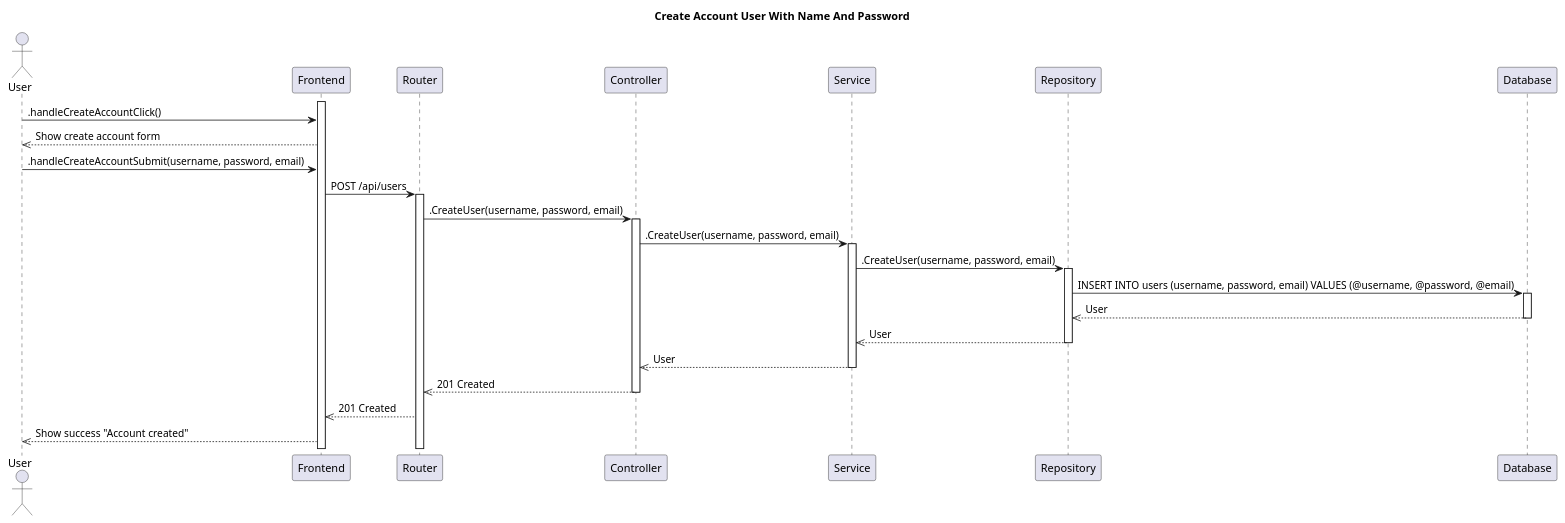
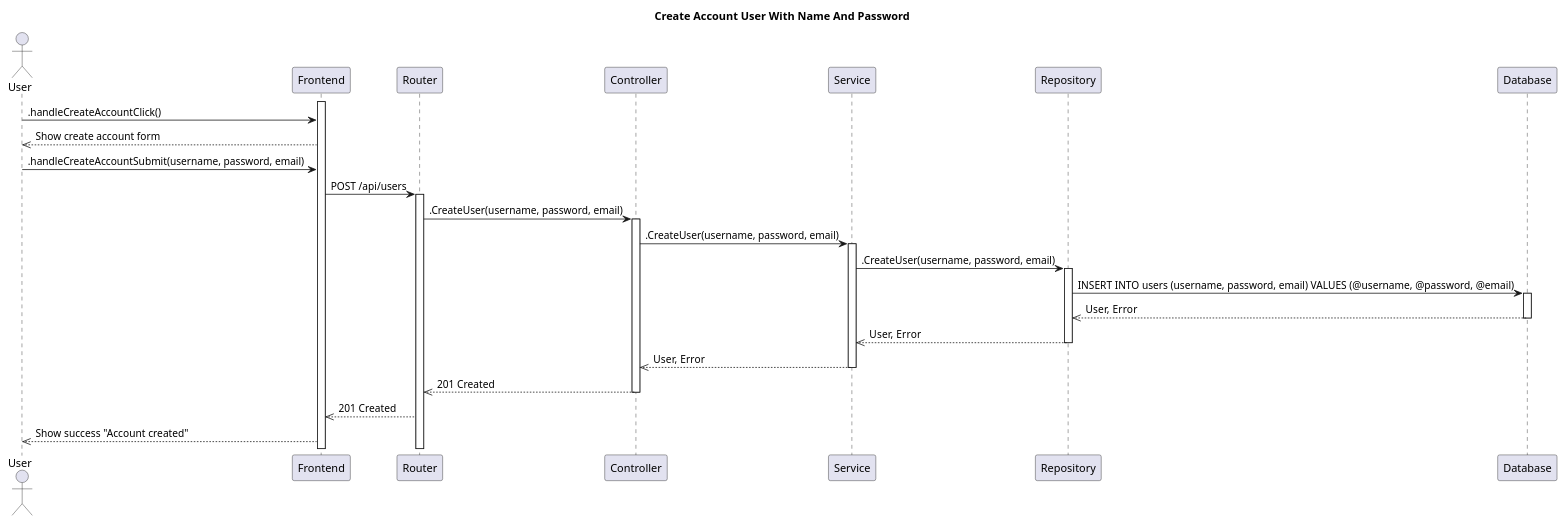
Before and after one commit to CS371-Project-Management/CS371-Sequence-Diagram: the diagram in SD-Create-Account-User-With-Name-And-Password.puml, drawn with PlantUML. The commit also changed 4 other files, not shown here.

Commit message:
fix: update sequence diagrams to include error handling for database responses

```diff
--- a/SD-Create-Account-User-With-Name-And-Password.puml
+++ b/SD-Create-Account-User-With-Name-And-Password.puml
@@ -1,39 +1,39 @@
 @startuml SequenceDiagram
 title Create Account User With Name And Password
 
 actor User
 participant Frontend
 participant Router
 participant Controller
 participant Service
 participant Repository
 participant Database
 
 activate Frontend
 
 User -> Frontend: .handleCreateAccountClick()
 Frontend -->> User: Show create account form
 
 User -> Frontend: .handleCreateAccountSubmit(username, password, email)
 Frontend -> Router: POST /api/users
 activate Router
 
 Router -> Controller: .CreateUser(username, password, email)
 activate Controller
 Controller -> Service: .CreateUser(username, password, email)
 activate Service
 Service -> Repository: .CreateUser(username, password, email)
 activate Repository
 Repository -> Database: INSERT INTO users (username, password, email) VALUES (@username, @password, @email)
 activate Database
-Database -->> Repository: User
+Database -->> Repository: User, Error
 deactivate Database
-Repository -->> Service: User
+Repository -->> Service: User, Error
 deactivate Repository
-Service -->> Controller: User
+Service -->> Controller: User, Error
 deactivate Service
 Controller -->> Router: 201 Created
 deactivate Controller
 Router -->> Frontend: 201 Created
 Frontend -->> User: Show success "Account created"
 @enduml
```
